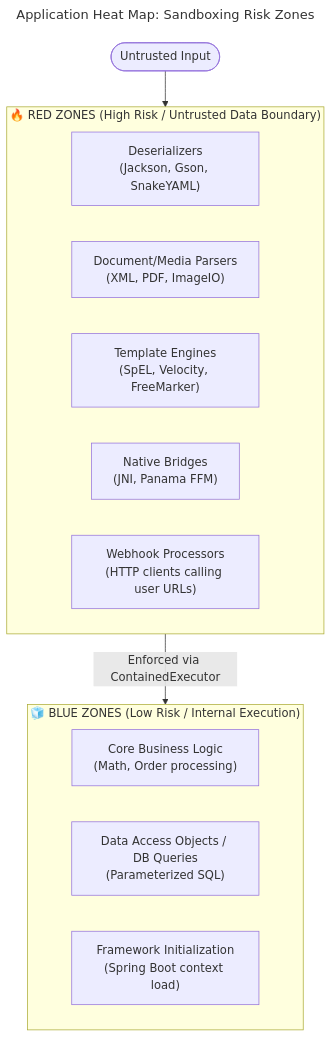
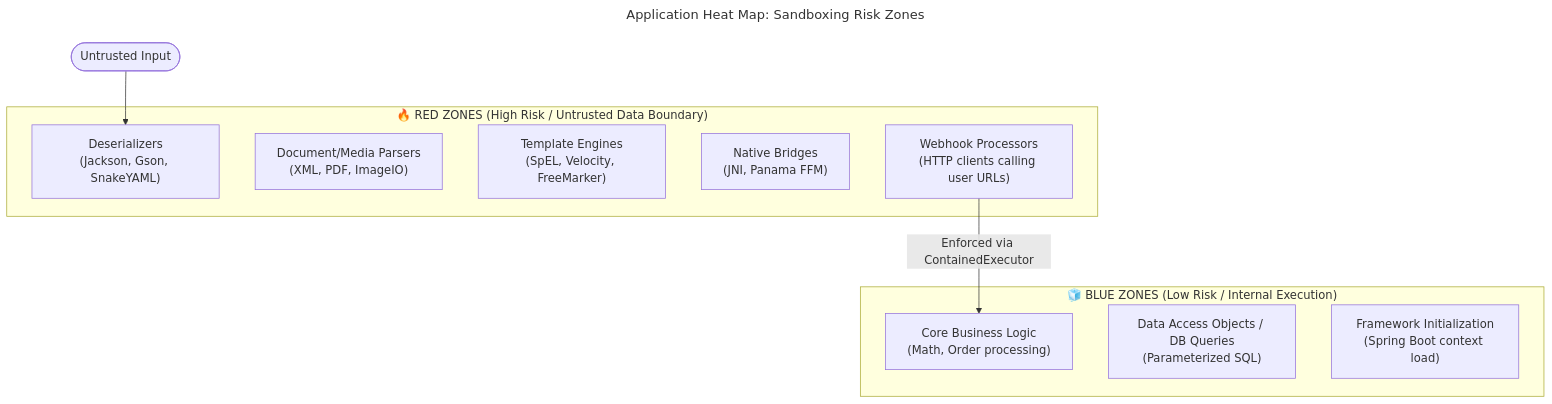
One commit to Pilleo/mazewall changed the diagram in docs/presentation/article4-attacks.md. Above: the diagram before and after it, drawn with Mermaid. The commit also changed 6 other files, not shown here.

````diff
--- a/docs/presentation/article4-attacks.md
+++ b/docs/presentation/article4-attacks.md
@@ -286,22 +286,22 @@
 ```mermaid
 ---
 title: "Application Heat Map: Sandboxing Risk Zones"
 ---
 flowchart TD
     subgraph RedZone ["🔥 RED ZONES (High Risk / Untrusted Data Boundary)"]
         Deserializers["Deserializers<br/>(Jackson, Gson, SnakeYAML)"]
         Parsers["Document/Media Parsers<br/>(XML, PDF, ImageIO)"]
         Templates["Template Engines<br/>(SpEL, Velocity, FreeMarker)"]
         Native["Native Bridges<br/>(JNI, Panama FFM)"]
         Webhooks["Webhook Processors<br/>(HTTP clients calling user URLs)"]
     end
 
     subgraph BlueZone ["🧊 BLUE ZONES (Low Risk / Internal Execution)"]
         Logic["Core Business Logic<br/>(Math, Order processing)"]
         DAOs["Data Access Objects / DB Queries<br/>(Parameterized SQL)"]
         Startup["Framework Initialization<br/>(Spring Boot context load)"]
     end
 
-    Data([Untrusted Input]) --> RedZone
-    RedZone -->|Enforced via ContainedExecutor| BlueZone
+    Data([Untrusted Input]) --> Deserializers
+    Webhooks -->|Enforced via ContainedExecutor| Logic
 ```
````
